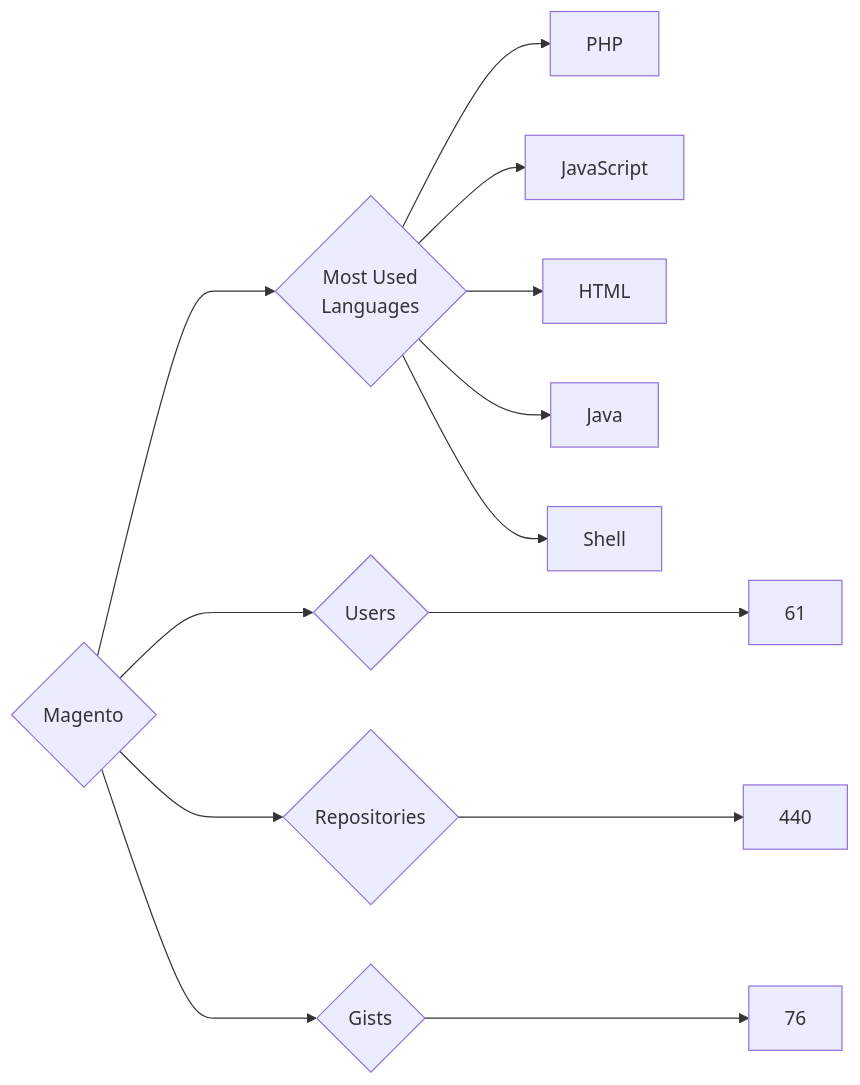
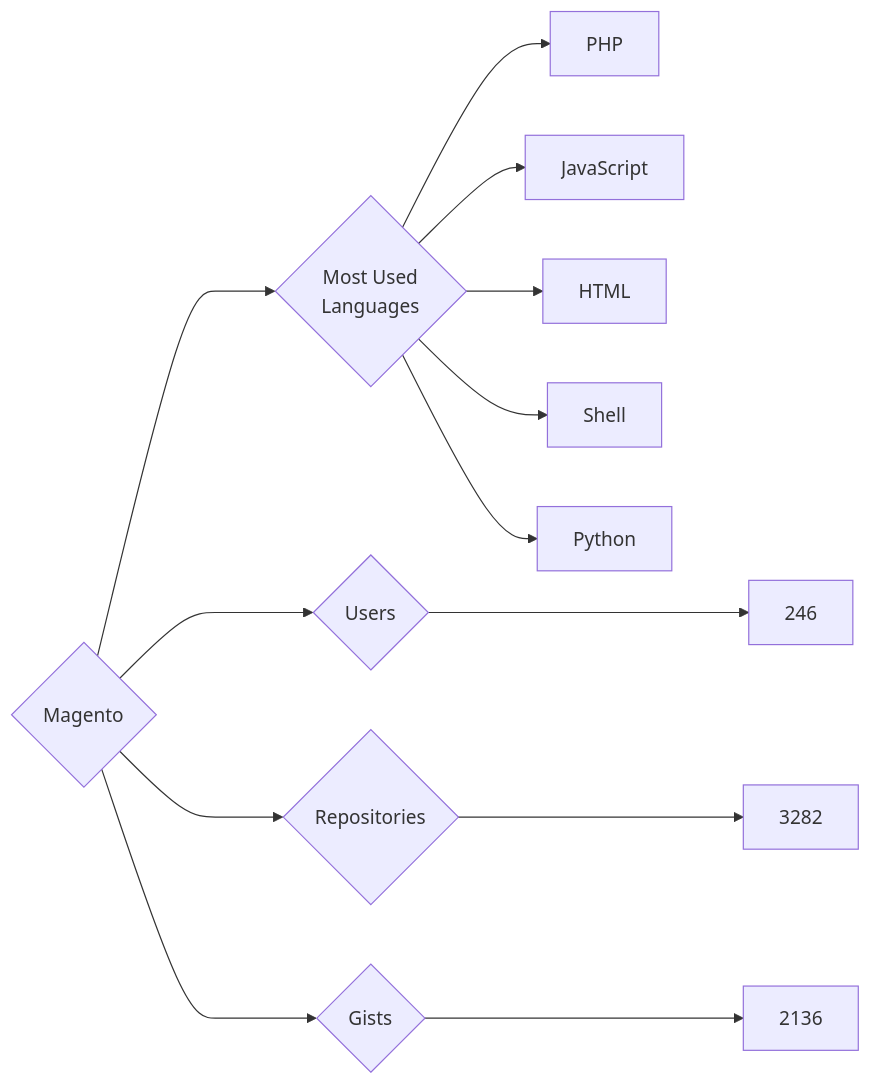
Before and after one commit to trickest/insiders: the diagram in targets/Magento/README.md, drawn with Mermaid. The commit also changed 748 other files, not shown here.

````diff
--- a/targets/Magento/README.md
+++ b/targets/Magento/README.md
@@ -3,13 +3,13 @@
 ```mermaid
 graph LR
 COMPANY_NAME{Magento}
-COMPANY_NAME ---> U{Users} ---> UN[61]
-COMPANY_NAME ---> R{Repositories} ---> RN[440]
-COMPANY_NAME ---> G{Gists} ---> GN[76]
+COMPANY_NAME ---> U{Users} ---> UN[246]
+COMPANY_NAME ---> R{Repositories} ---> RN[3282]
+COMPANY_NAME ---> G{Gists} ---> GN[2136]
 COMPANY_NAME ---> ML{Most Used<br>Languages}
 ML --> PHP[PHP]
 ML --> JavaScript[JavaScript]
 ML --> HTML[HTML]
-ML --> Java[Java]
 ML --> Shell[Shell]
+ML --> Python[Python]
 ```
````
